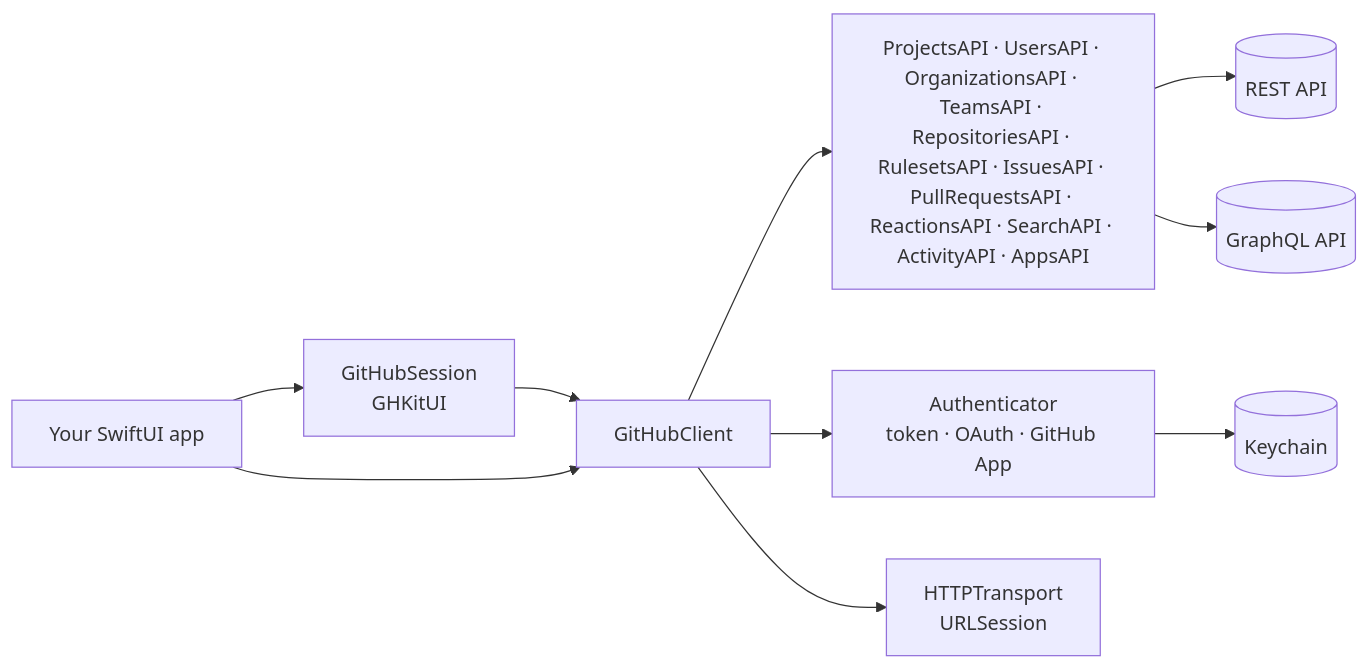
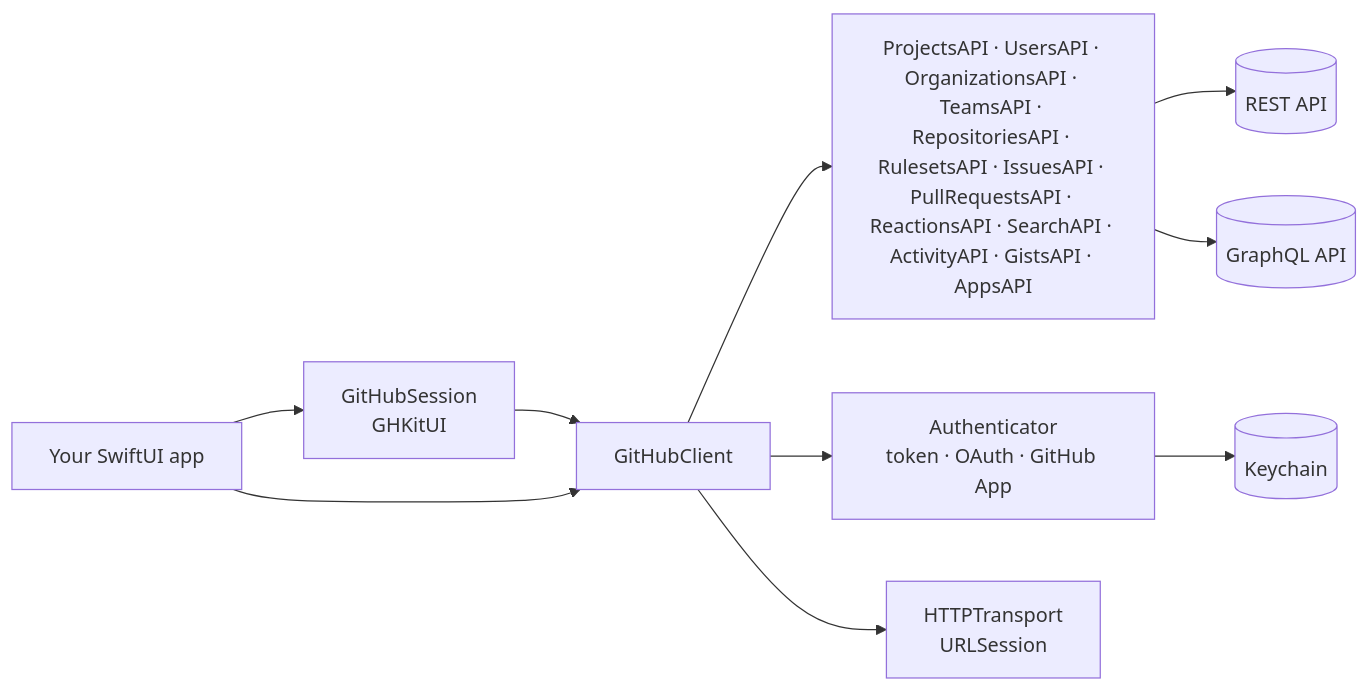
The diagram in README.md (emmanuel-defreitas/GHKit), drawn with Mermaid before and after one commit. The commit also changed 17 other files, not shown here.

````diff
--- a/README.md
+++ b/README.md
@@ -331,12 +331,12 @@
 ```mermaid
 graph LR
     App[Your SwiftUI app] --> Session[GitHubSession<br/>GHKitUI]
     Session --> Client[GitHubClient]
     App --> Client
-    Client --> APIs[ProjectsAPI · UsersAPI · OrganizationsAPI · TeamsAPI · RepositoriesAPI · RulesetsAPI · IssuesAPI · PullRequestsAPI · ReactionsAPI · SearchAPI · ActivityAPI · AppsAPI]
+    Client --> APIs[ProjectsAPI · UsersAPI · OrganizationsAPI · TeamsAPI · RepositoriesAPI · RulesetsAPI · IssuesAPI · PullRequestsAPI · ReactionsAPI · SearchAPI · ActivityAPI · GistsAPI · AppsAPI]
     Client --> Auth[Authenticator<br/>token · OAuth · GitHub App]
     Client --> Transport[HTTPTransport<br/>URLSession]
     APIs --> REST[(REST API)]
     APIs --> GQL[(GraphQL API)]
     Auth --> Store[(Keychain)]
 ```
````
